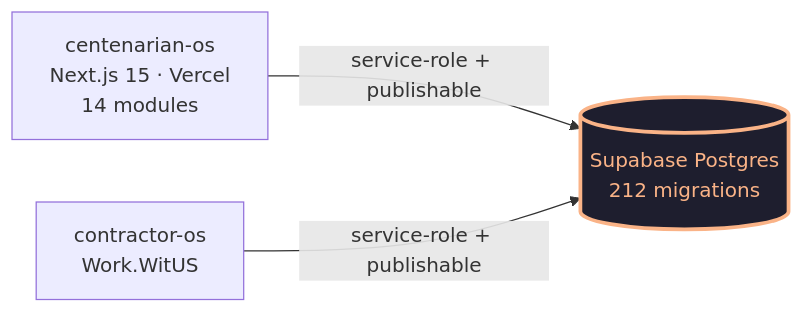
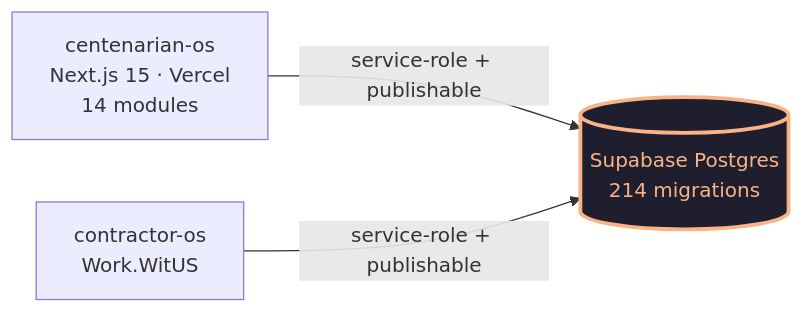
The diagram in README.md (dapperAuteur/centenarian-os), drawn with Mermaid before and after one commit. The commit also changed other lines of this file and 6 other files, not shown here.

````diff
--- a/README.md
+++ b/README.md
@@ -27,12 +27,12 @@
 ```mermaid
 flowchart LR
   classDef shared fill:#1e1e2e,stroke:#fab387,color:#fab387,stroke-width:3px
   classDef external fill:#11111b,stroke:#a6adc8,color:#a6adc8
 
   CentOS[centenarian-os<br/>Next.js 15 · Vercel<br/>14 modules]
   Contractor[contractor-os<br/>Work.WitUS]
-  DB[(Supabase Postgres<br/>212 migrations)]:::shared
+  DB[(Supabase Postgres<br/>214 migrations)]:::shared
 
   CentOS -->|service-role + publishable| DB
   Contractor -->|service-role + publishable| DB
 ```
````
